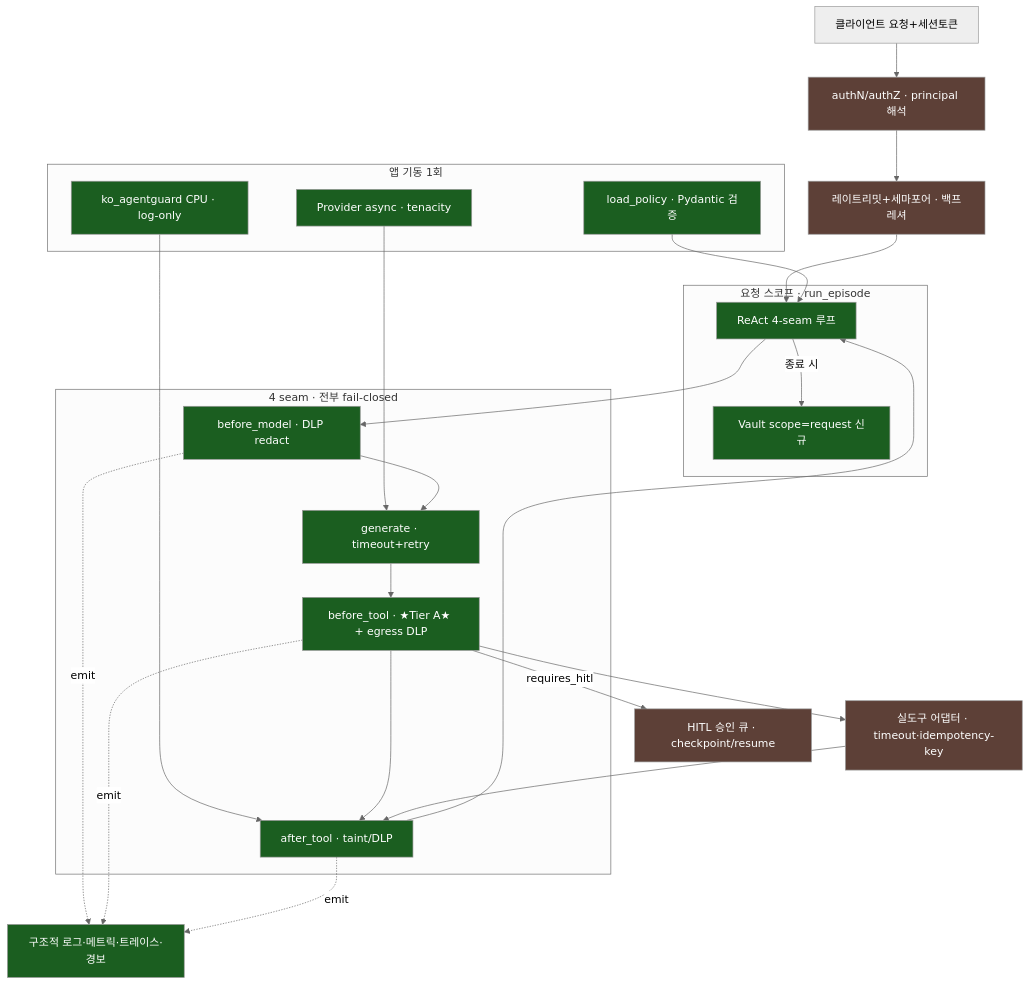
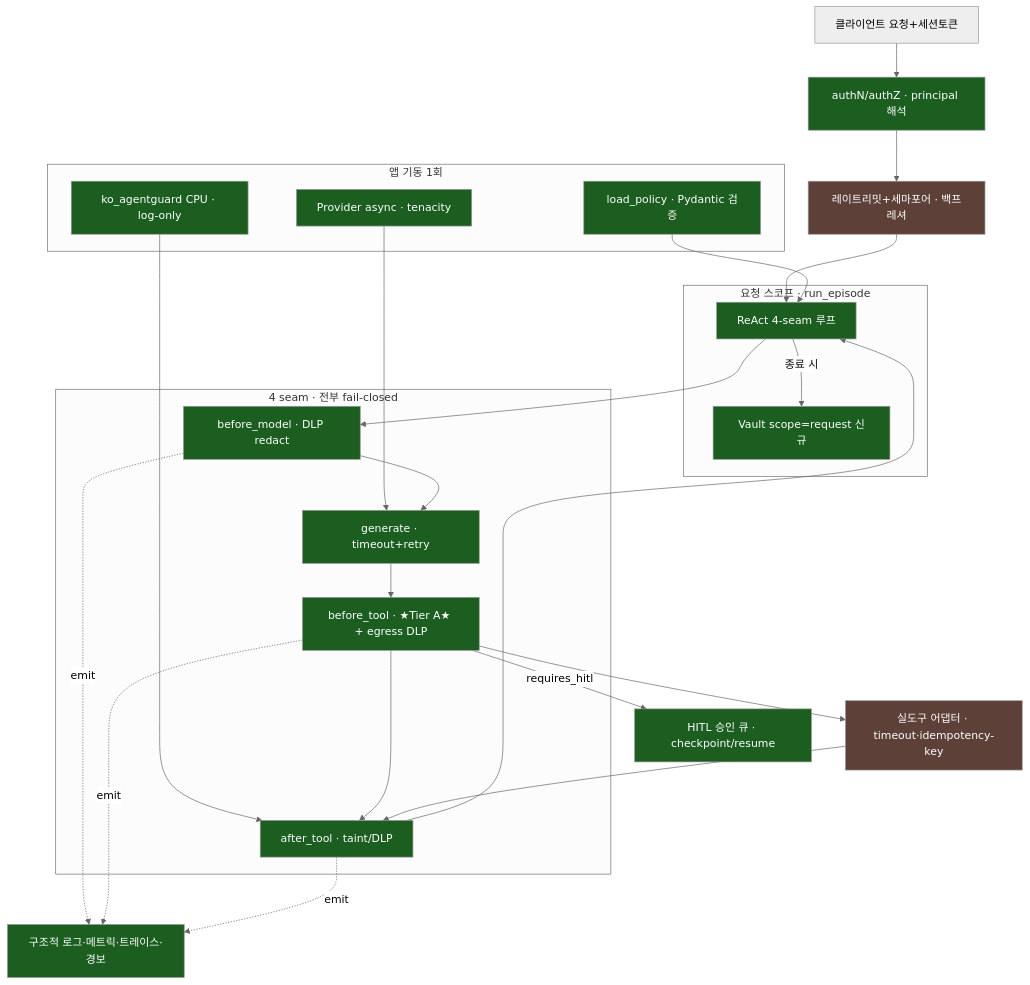
The diagram in docs/PRODUCTION.md (seok-hee97/garim-guard), drawn with Mermaid (neutral theme) before and after one commit. The commit also changed other lines of this file and 13 other files, not shown here.

First line of the commit message:
feat(service): integrate HITL approval queue, stateful backend + idempotency, authN/authZ

````diff
--- a/docs/PRODUCTION.md
+++ b/docs/PRODUCTION.md
@@ -55,37 +58,37 @@
 ```mermaid
 flowchart TB
     U[클라이언트 요청+세션토큰] --> AUTH[authN/authZ · principal 해석]
     AUTH --> RL[레이트리밋+세마포어 · 백프레셔]
     RL --> LOOP
 
     subgraph startup[앱 기동 1회]
       POL[load_policy · Pydantic 검증]
       PRV[Provider async · tenacity]
       RAIL[ko_agentguard CPU · log-only]
     end
     POL --> LOOP
     PRV --> GEN
     RAIL --> AT
 
     subgraph req[요청 스코프 · run_episode]
       VAULT[Vault scope=request 신규]
       LOOP[ReAct 4-seam 루프]
     end
 
     subgraph seams[4 seam · 전부 fail-closed]
       BM[before_model · DLP redact] --> GEN[generate · timeout+retry]
       GEN --> BT[before_tool · ★Tier A★ + egress DLP]
       BT --> AT[after_tool · taint/DLP]
     end
     LOOP --> BM
     BT -->|requires_hitl| HITL[HITL 승인 큐 · checkpoint/resume]
     BT --> TOOL[실도구 어댑터 · timeout·idempotency-key]
     TOOL --> AT --> LOOP
     LOOP -->|종료 시| VAULT
     BM & BT & AT -.emit.-> OBS[구조적 로그·메트릭·트레이스·경보]
 
     classDef done fill:#1b5e20,color:#fff
     classDef todo fill:#5d4037,color:#fff
-    class BM,GEN,BT,AT,VAULT,LOOP,PRV,POL,RAIL,OBS done
-    class AUTH,RL,HITL,TOOL todo
+    class BM,GEN,BT,AT,VAULT,LOOP,PRV,POL,RAIL,OBS,AUTH,HITL done
+    class RL,TOOL todo
 ```
````
